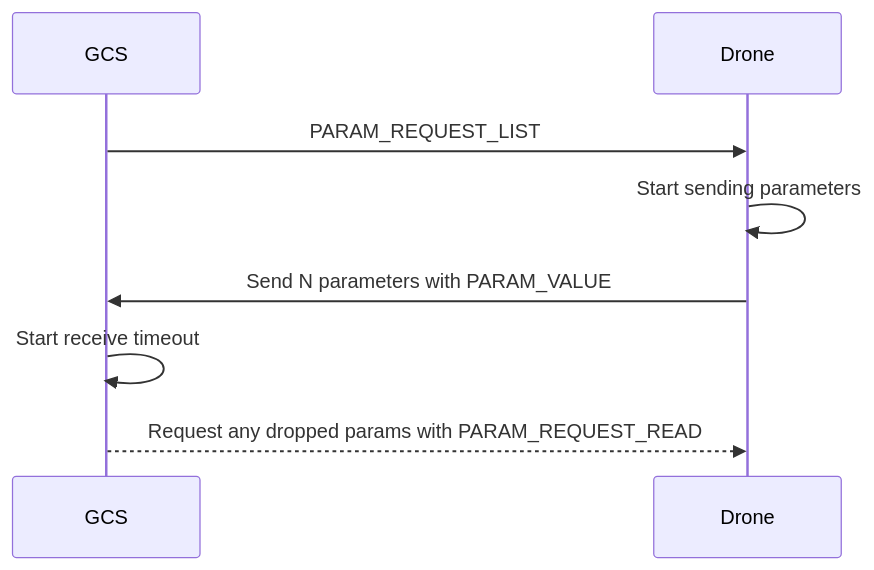
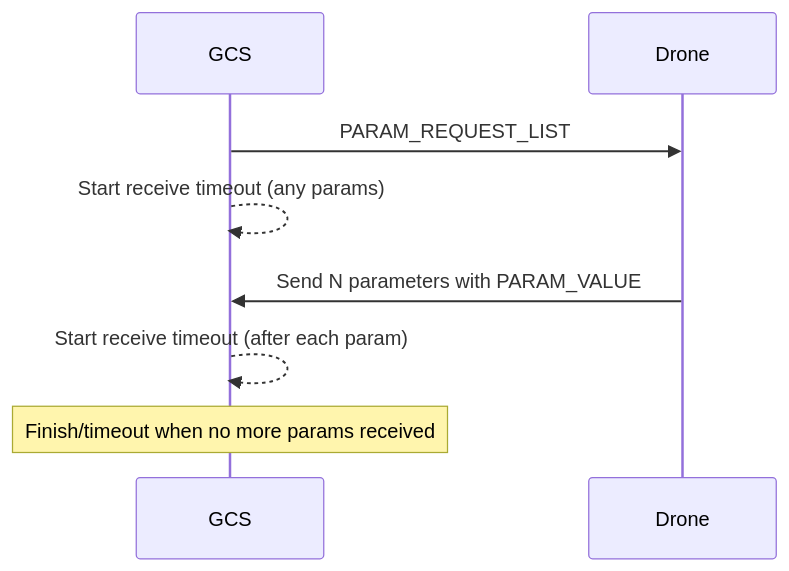
One commit to mavlink/mavlink-devguide changed the first of 4 diagrams in en/services/parameter.md. Above: the diagram before and after it, drawn with Mermaid. The commit also changed other lines of this file, not shown here.

Commit message:
Param protocol: PARAM_REQUEST_LIST timeout and zero params (#189)

```diff
--- a/en/services/parameter.md
+++ b/en/services/parameter.md
@@ -106,10 +107,10 @@
 {% mermaid %}
 sequenceDiagram;
     participant GCS
     participant Drone
     GCS->>Drone: PARAM_REQUEST_LIST
-    Drone->>Drone: Start sending parameters 
+    GCS-->>GCS: Start receive timeout (any params)
     Drone->>GCS: Send N parameters with PARAM_VALUE
-    GCS->>GCS: Start receive timeout
-    GCS-->>Drone: Request any dropped params with PARAM_REQUEST_READ
+    GCS-->>GCS: Start receive timeout (after each param)
+    Note over GCS: Finish/timeout when no more params received
 {% endmermaid %}
```
